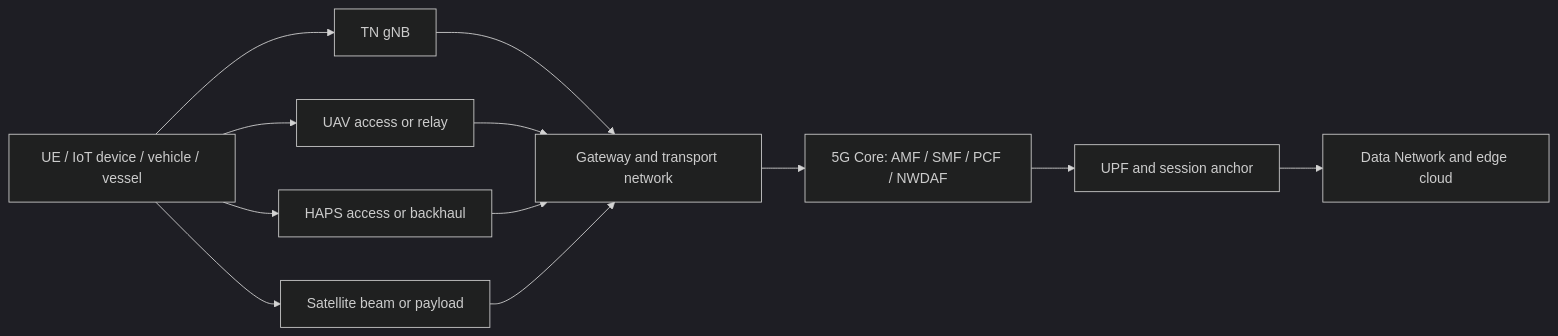
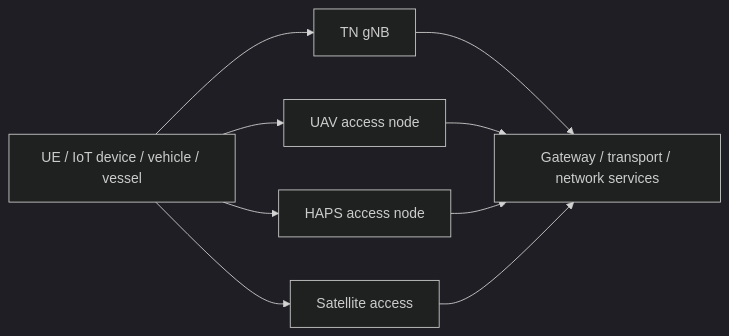
One commit to free5gc/free5gc.github.io changed the second of 2 diagrams in docs/blog/20260831/20260831.md. Above: the diagram before and after it, drawn with Mermaid (dark theme). The commit also changed other lines of this file, not shown here.

````diff
--- a/docs/blog/20260831/20260831.md
+++ b/docs/blog/20260831/20260831.md
@@ -79,24 +77,18 @@
 ```mermaid
 flowchart LR
     UE["UE / IoT device / vehicle / vessel"]
     TN["TN gNB"]
-    UAV["UAV access or relay"]
-    HAPS["HAPS access or backhaul"]
-    SAT["Satellite beam or payload"]
-    GW["Gateway and transport network"]
-    CORE["5G Core: AMF / SMF / PCF / NWDAF"]
-    UPF["UPF and session anchor"]
-    DN["Data Network and edge cloud"]
+    UAV["UAV access node"]
+    HAPS["HAPS access node"]
+    SAT["Satellite access"]
+    NET["Gateway / transport / network services"]
 
     UE --> TN
     UE --> UAV
     UE --> HAPS
     UE --> SAT
-    TN --> GW
-    UAV --> GW
-    HAPS --> GW
-    SAT --> GW
-    GW --> CORE
-    CORE --> UPF
-    UPF --> DN
+    TN --> NET
+    UAV --> NET
+    HAPS --> NET
+    SAT --> NET
 ```
````
